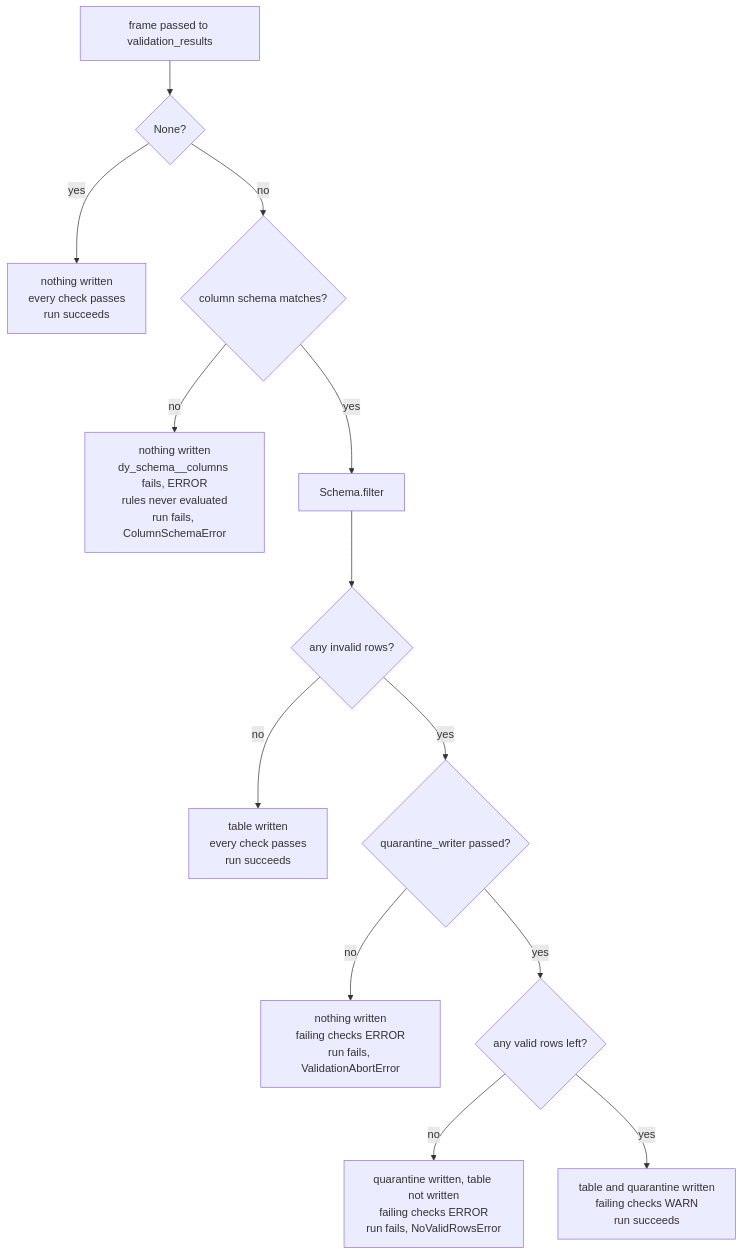
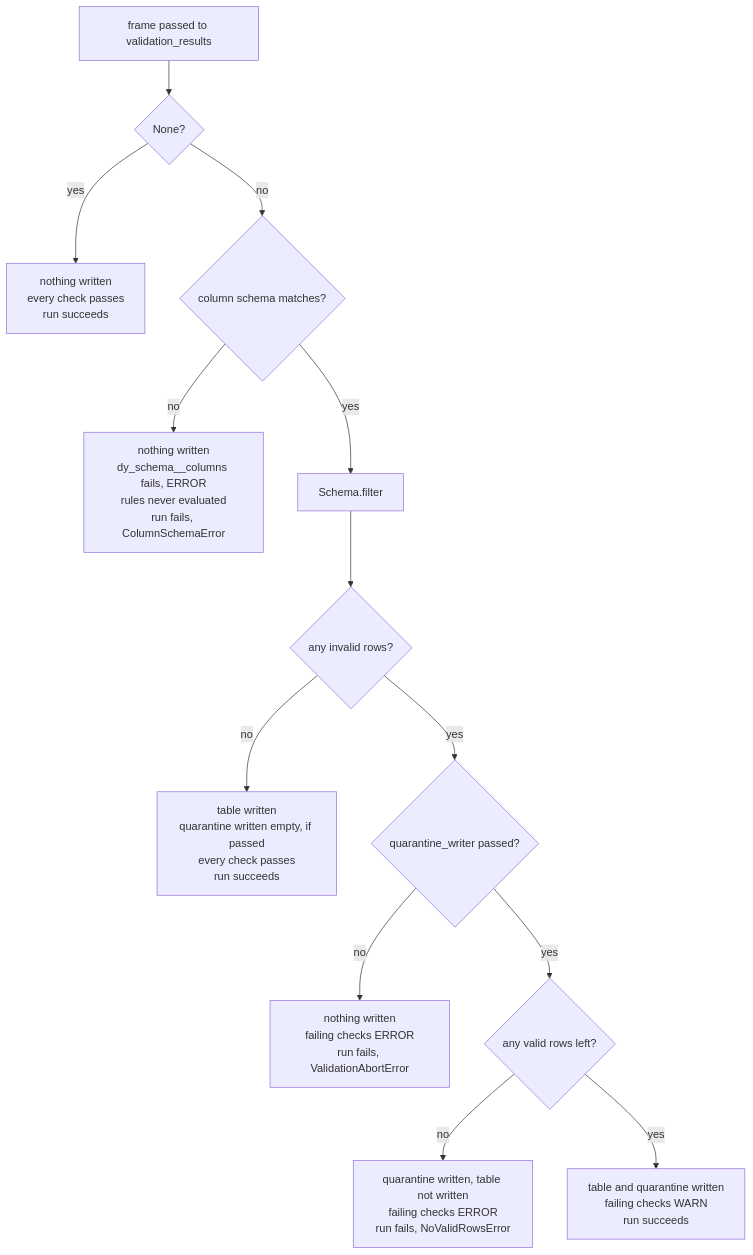
One commit to ozanozbeker/dagster-dataframely changed the first of 2 diagrams in user_guide/hand-wiring.qmd. Above: the diagram before and after it, drawn with Mermaid. The commit also changed other lines of this file and 10 other files, not shown here.

First line of the commit message:
fix: a clean run writes the quarantine empty

````diff
--- a/user_guide/hand-wiring.qmd
+++ b/user_guide/hand-wiring.qmd
@@ -68,16 +68,16 @@
 ```{mermaid}
 %%| label: hand-wiring-outcomes
 flowchart TD
     F["frame passed to validation_results"] --> N{"None?"}
     N -- yes --> SKIP["nothing written<br/>every check passes<br/>run succeeds"]
     N -- no --> CS{"column schema matches?"}
     CS -- no --> DRIFT["nothing written<br/>dy_schema__columns fails, ERROR<br/>rules never evaluated<br/>run fails, ColumnSchemaError"]
     CS -- yes --> FILTER["Schema.filter"]
     FILTER --> ANY{"any invalid rows?"}
-    ANY -- no --> CLEAN["table written<br/>every check passes<br/>run succeeds"]
+    ANY -- no --> CLEAN["table written<br/>quarantine written empty, if passed<br/>every check passes<br/>run succeeds"]
     ANY -- yes --> Q{"quarantine_writer passed?"}
     Q -- no --> ABORT["nothing written<br/>failing checks ERROR<br/>run fails, ValidationAbortError"]
     Q -- yes --> SURV{"any valid rows left?"}
     SURV -- no --> NONE["quarantine written, table not written<br/>failing checks ERROR<br/>run fails, NoValidRowsError"]
     SURV -- yes --> PARTIAL["table and quarantine written<br/>failing checks WARN<br/>run succeeds"]
 ```
````
